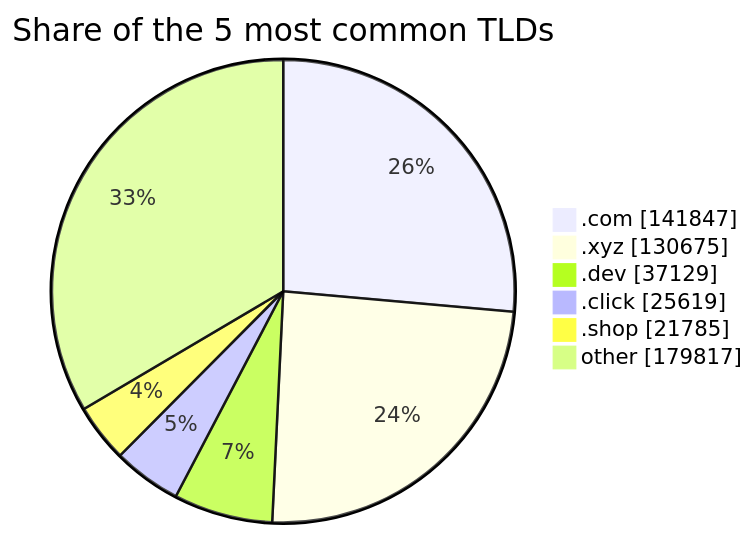
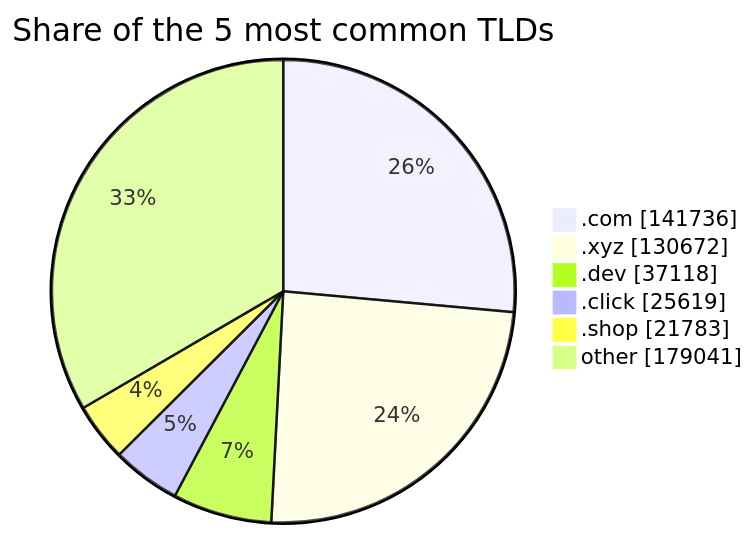
The third of 3 diagrams in README.md (DNSBunker/CTI), drawn with Mermaid before and after one commit. The commit also changed other lines of this file and 3 other files, not shown here.

````diff
--- a/README.md
+++ b/README.md
@@ -81,9 +81,9 @@
 ```mermaid
 pie showData title Share of the 5 most common TLDs
-    ".com" : 141847
-    ".xyz" : 130675
-    ".dev" : 37129
+    ".com" : 141736
+    ".xyz" : 130672
+    ".dev" : 37118
     ".click" : 25619
-    ".shop" : 21785
-    "other" : 179817
+    ".shop" : 21783
+    "other" : 179041
 ```
````
